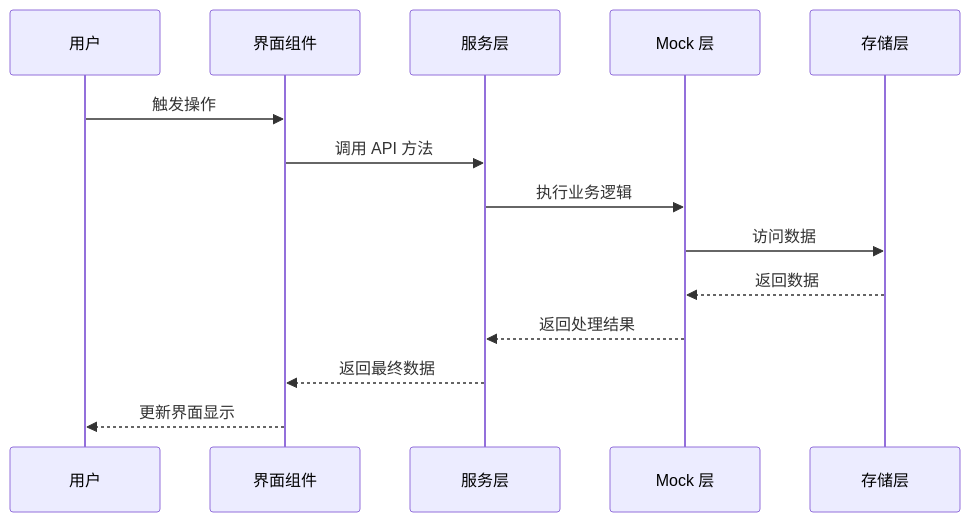
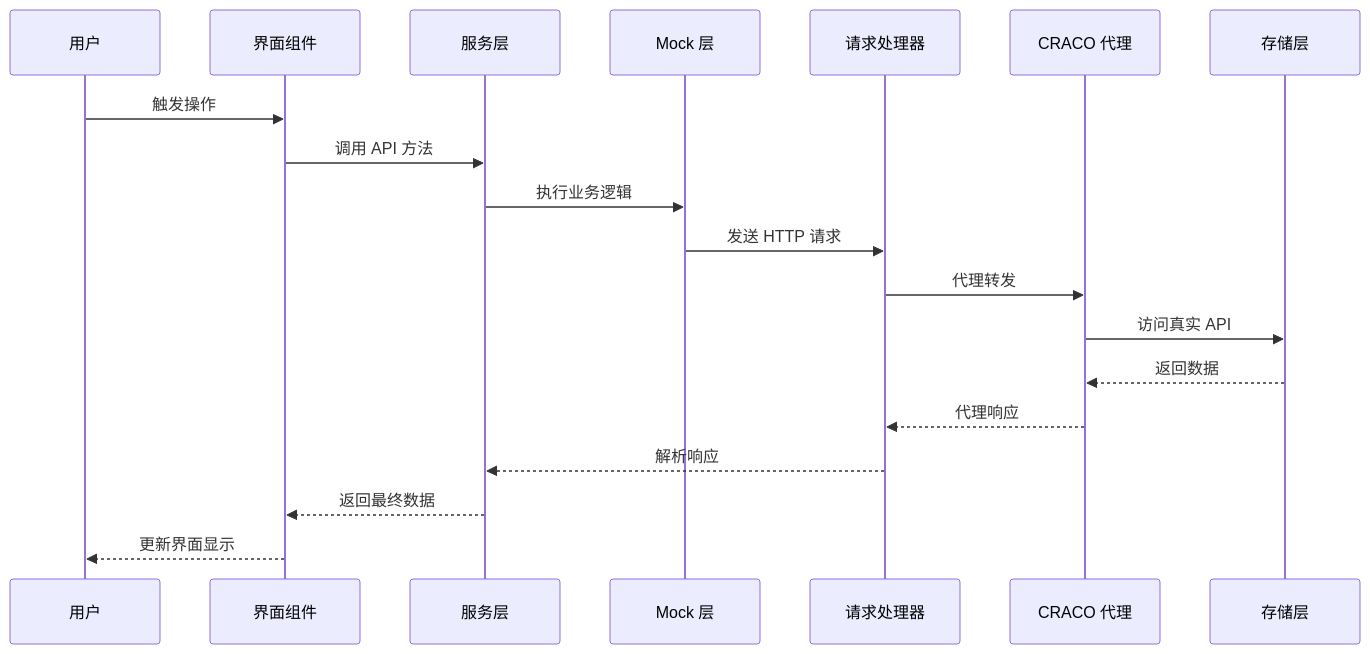
The sixth of 9 diagrams in .qoder/repowiki/zh/content/核心组件/Mock 数据系统.md (kkxxll/reactNext), drawn with Mermaid before and after one commit. The commit also changed other lines of this file and 12 other files, not shown here.

````diff
--- a/.qoder/repowiki/zh/content/核心组件/Mock 数据系统.md
+++ b/.qoder/repowiki/zh/content/核心组件/Mock 数据系统.md
@@ -217,16 +278,21 @@
 ```mermaid
 sequenceDiagram
 participant User as 用户
 participant UI as 界面组件
 participant Service as 服务层
 participant Mock as Mock 层
+participant Request as 请求处理器
+participant Proxy as CRACO 代理
 participant Store as 存储层
 User->>UI : 触发操作
 UI->>Service : 调用 API 方法
 Service->>Mock : 执行业务逻辑
-Mock->>Store : 访问数据
-Store-->>Mock : 返回数据
-Mock-->>Service : 返回处理结果
+Mock->>Request : 发送 HTTP 请求
+Request->>Proxy : 代理转发
+Proxy->>Store : 访问真实 API
+Store-->>Proxy : 返回数据
+Proxy-->>Request : 代理响应
+Request-->>Service : 解析响应
 Service-->>UI : 返回最终数据
 UI-->>User : 更新界面显示
 ```
````
